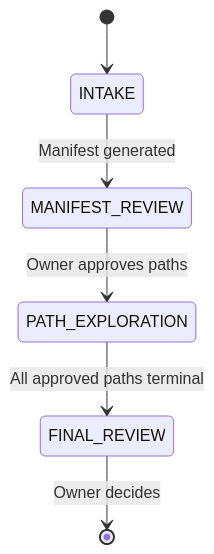
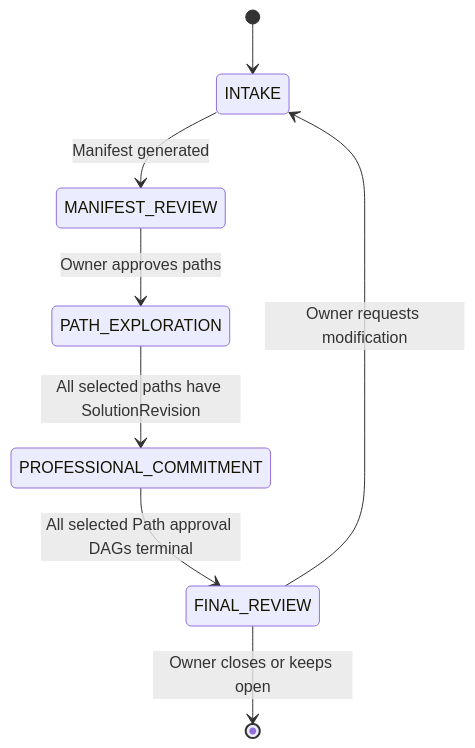
The third of 4 diagrams in docs/02-domain-lifecycle.md (sin3000x/agentic-cm), drawn with Mermaid before and after one commit. The commit also changed other lines of this file and 19 other files, not shown here.

````diff
--- a/docs/02-domain-lifecycle.md
+++ b/docs/02-domain-lifecycle.md
@@ -128,8 +128,10 @@
 ```mermaid
 stateDiagram-v2
     [*] --> INTAKE
     INTAKE --> MANIFEST_REVIEW: Manifest generated
     MANIFEST_REVIEW --> PATH_EXPLORATION: Owner approves paths
-    PATH_EXPLORATION --> FINAL_REVIEW: All approved paths terminal
-    FINAL_REVIEW --> [*]: Owner decides
+    PATH_EXPLORATION --> PROFESSIONAL_COMMITMENT: All selected paths have SolutionRevision
+    PROFESSIONAL_COMMITMENT --> FINAL_REVIEW: All selected Path approval DAGs terminal
+    FINAL_REVIEW --> [*]: Owner closes or keeps open
+    FINAL_REVIEW --> INTAKE: Owner requests modification
 ```
````
